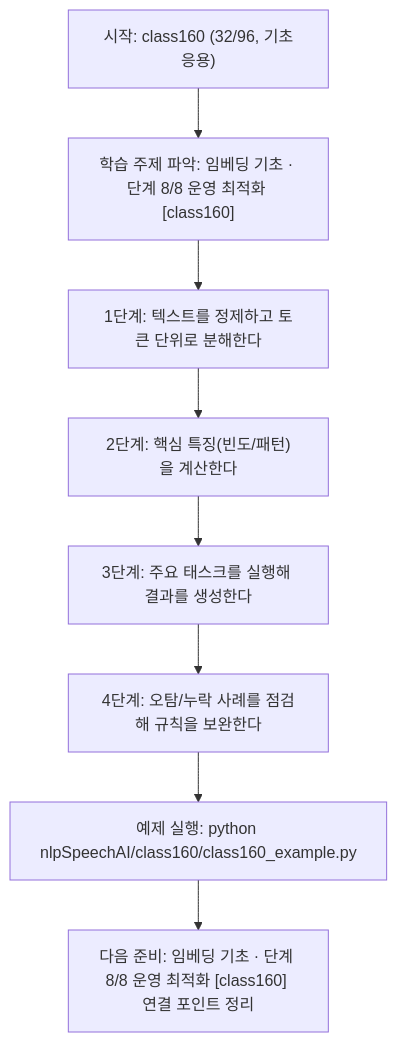
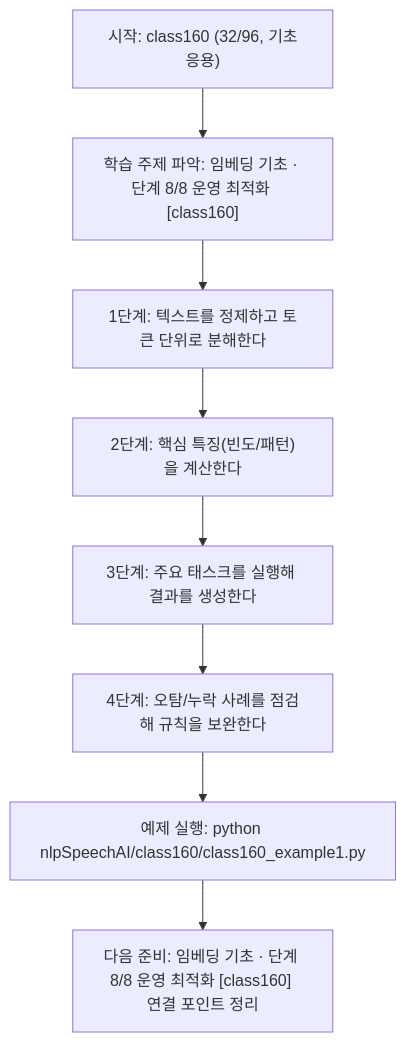
Before and after one commit to edumgt/Python-AI_Agent-Class: the diagram in nlpSpeechAI/class160/class160.md, drawn with Mermaid. The commit also changed other lines of this file and 2959 other files, not shown here.

````diff
--- a/nlpSpeechAI/class160/class160.md
+++ b/nlpSpeechAI/class160/class160.md
@@ -113,18 +113,18 @@
 ```mermaid
 flowchart TD
 N1["시작: class160 (32/96, 기초응용)"]
 N2["학습 주제 파악: 임베딩 기초 · 단계 8/8 운영 최적화 [class160]"]
 N3["1단계: 텍스트를 정제하고 토큰 단위로 분해한다"]
 N4["2단계: 핵심 특징(빈도/패턴)을 계산한다"]
 N5["3단계: 주요 태스크를 실행해 결과를 생성한다"]
 N6["4단계: 오탐/누락 사례를 점검해 규칙을 보완한다"]
-N7["예제 실행: python nlpSpeechAI/class160/class160_example.py"]
+N7["예제 실행: python nlpSpeechAI/class160/class160_example1.py"]
 N8["다음 준비: 임베딩 기초 · 단계 8/8 운영 최적화 [class160] 연결 포인트 정리"]
 N1 --> N2
 N2 --> N3
 N3 --> N4
 N4 --> N5
 N5 --> N6
 N6 --> N7
 N7 --> N8
 ```
````
